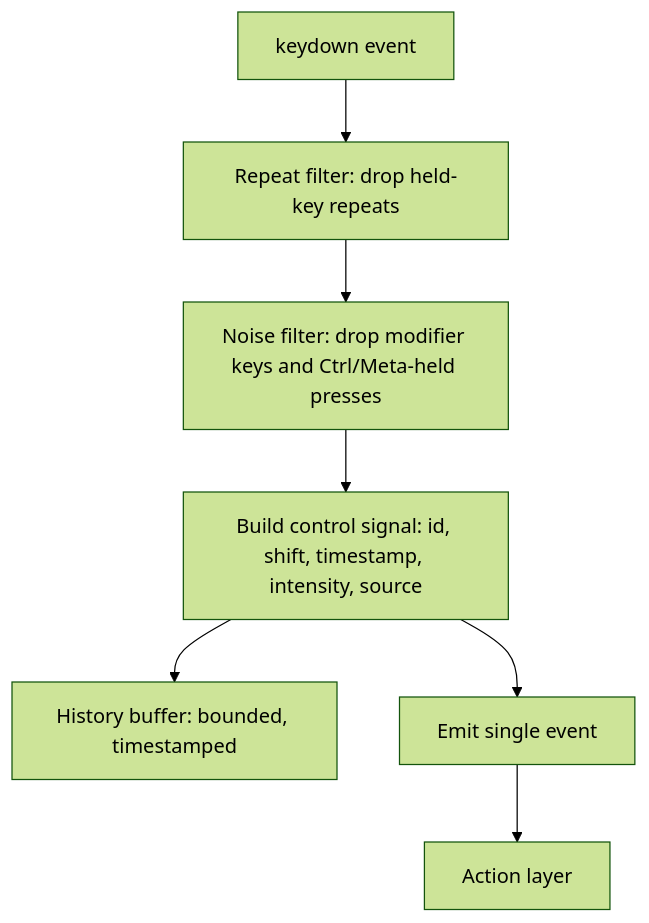
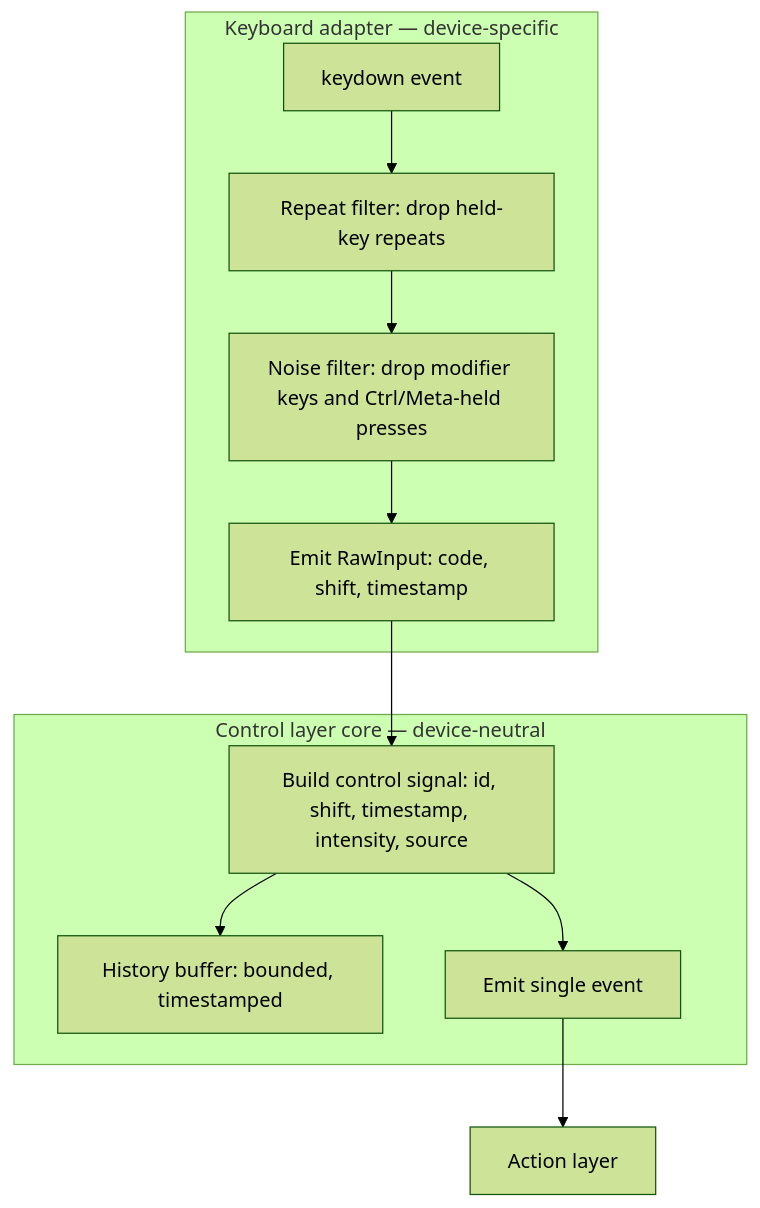
One commit to PeloNZ/fireworks changed the first of 4 diagrams in docs/02_spec.md. Above: the diagram before and after it, drawn with Mermaid (forest theme). The commit also changed other lines of this file and 1 other file, not shown here.

First line of the commit message:
Control layer build plan; amend spec for adapter-owned filtering

````diff
--- a/docs/02_spec.md
+++ b/docs/02_spec.md
@@ -33,9 +33,14 @@
 ```mermaid
 flowchart TD
-    A[keydown event] --> B[Repeat filter: drop held-key repeats]
-    B --> C[Noise filter: drop modifier keys and Ctrl/Meta-held presses]
-    C --> D[Build control signal: id, shift, timestamp, intensity, source]
-    D --> E[History buffer: bounded, timestamped]
-    D --> F[Emit single event]
-    F --> G[Action layer]
+    subgraph Adapter [Keyboard adapter — device-specific]
+        A[keydown event] --> B[Repeat filter: drop held-key repeats]
+        B --> C[Noise filter: drop modifier keys and Ctrl/Meta-held presses]
+        C --> D[Emit RawInput: code, shift, timestamp]
+    end
+    subgraph Core [Control layer core — device-neutral]
+        D --> E[Build control signal: id, shift, timestamp, intensity, source]
+        E --> F[History buffer: bounded, timestamped]
+        E --> G[Emit single event]
+    end
+    G --> H[Action layer]
 ```
````
